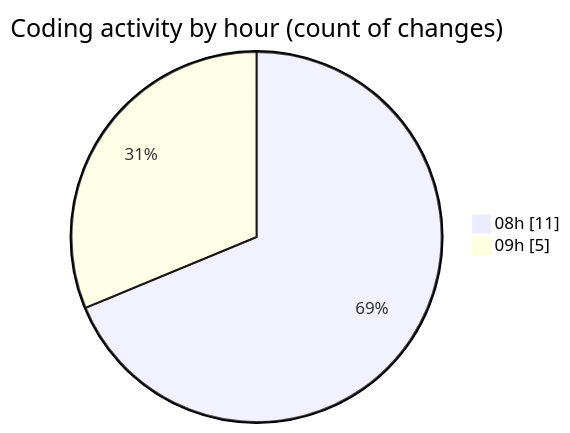
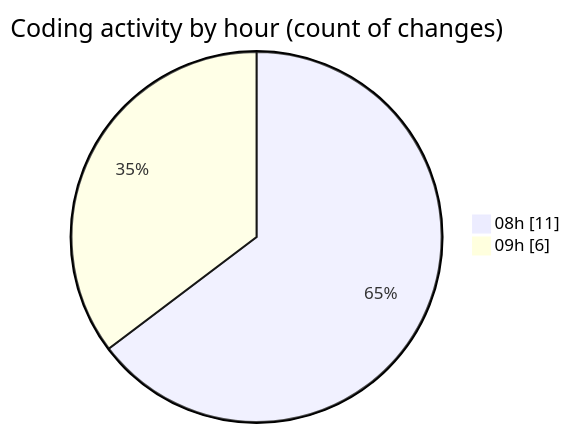
Before and after one commit to MatusMokan/code-tracking: the second of 2 diagrams in 2025-11-15/untitled__workspace_/README.md, drawn with Mermaid. The commit also changed other lines of this file and 1 other file, not shown here.

````diff
--- a/2025-11-15/untitled__workspace_/README.md
+++ b/2025-11-15/untitled__workspace_/README.md
@@ -29,6 +29,6 @@
 ```mermaid
 pie showData
 title Coding activity by hour (count of changes)
 "08h" : 11
-"09h" : 5
+"09h" : 6
 ```
````
